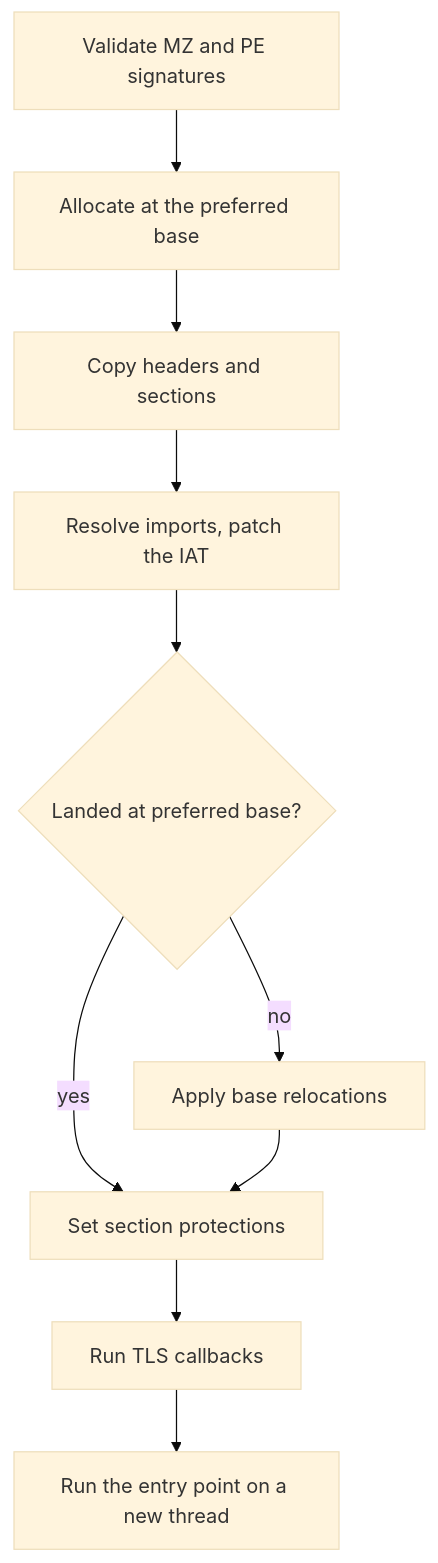
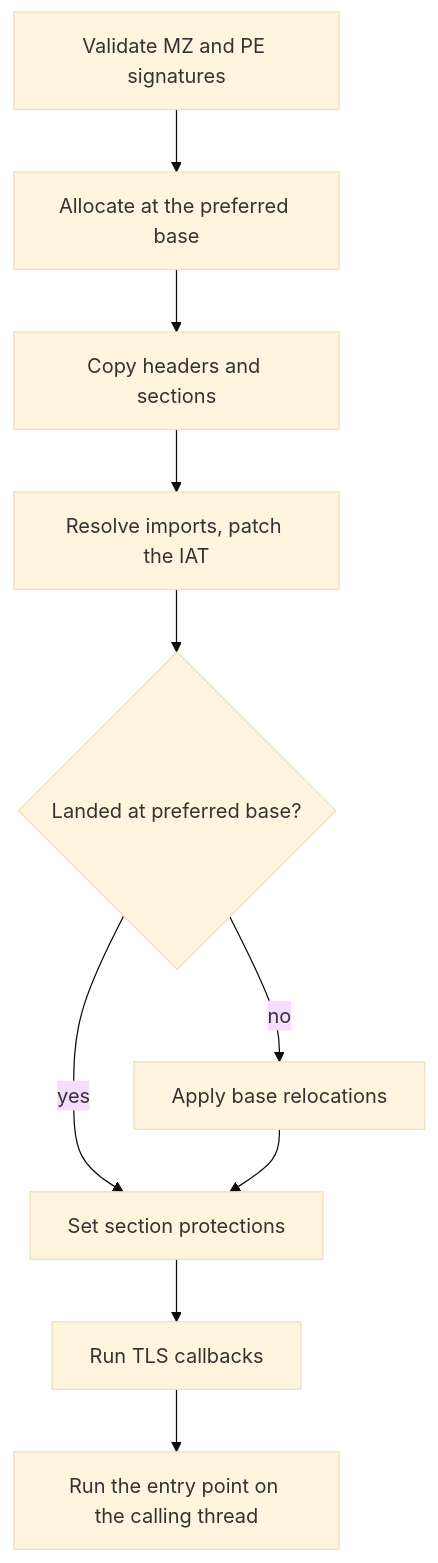
The diagram in src/techniques/reflective_loading/README.md (M3str3/Picaro), drawn with Mermaid (base theme) before and after one commit. The commit also changed other lines of this file and 46 other files, not shown here.

````diff
--- a/src/techniques/reflective_loading/README.md
+++ b/src/techniques/reflective_loading/README.md
@@ -20,12 +20,12 @@
 ```mermaid
 flowchart TD
     A[Validate MZ and PE signatures] --> B[Allocate at the preferred base]
     B --> C[Copy headers and sections]
     C --> D[Resolve imports, patch the IAT]
     D --> E{Landed at preferred base?}
     E -- no --> F[Apply base relocations]
     E -- yes --> G[Set section protections]
     F --> G
     G --> H[Run TLS callbacks]
-    H --> I[Run the entry point on a new thread]
+    H --> I[Run the entry point on the calling thread]
 ```
````
